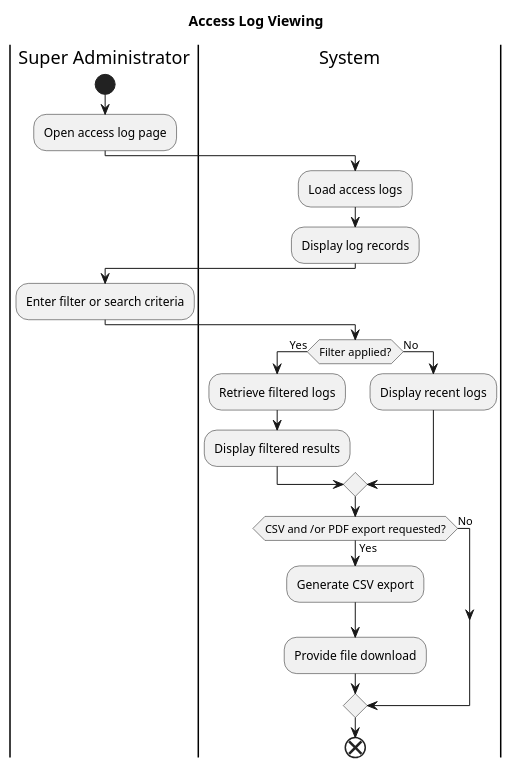
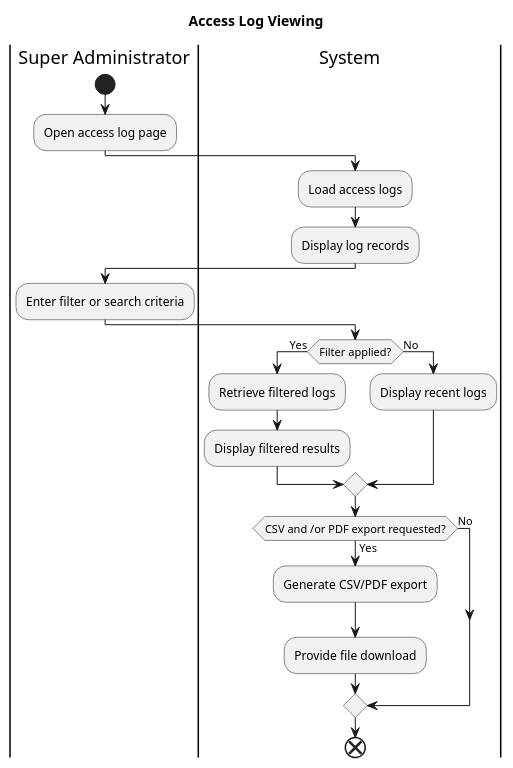
One commit to JanPerez35/PlantUML changed the diagram in activityDiagrams/Access Log.puml. Above: the diagram before and after it, drawn with PlantUML. The commit also changed 1 other file, not shown here.

Commit message:
Fixed some Activity Diagram texts

```diff
--- a/activityDiagrams/Access Log.puml
+++ b/activityDiagrams/Access Log.puml
@@ -1,31 +1,31 @@
 @startuml
 title Access Log Viewing
 
 |Super Administrator|
 start
 :Open access log page;
 
 |System|
 
   :Load access logs;
   :Display log records;
 
   |Super Administrator|
   :Enter filter or search criteria;
 
   |System|
   if (Filter applied?) then (Yes)
     :Retrieve filtered logs;
     :Display filtered results;
   else (No)
     :Display recent logs;
   endif
 
   if (CSV and /or PDF export requested?) then (Yes)
-    :Generate CSV export;
+    :Generate CSV/PDF export;
     :Provide file download;
   else (No)
   endif
 
 end
 @enduml
```
